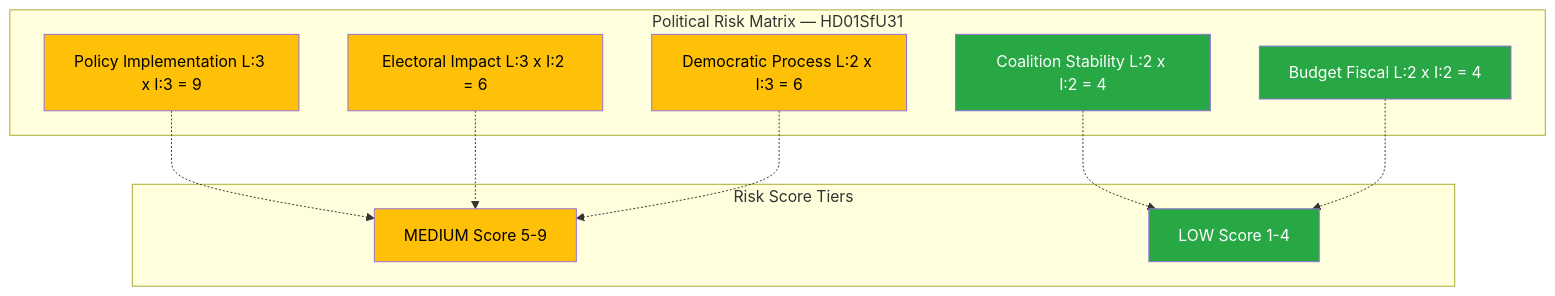
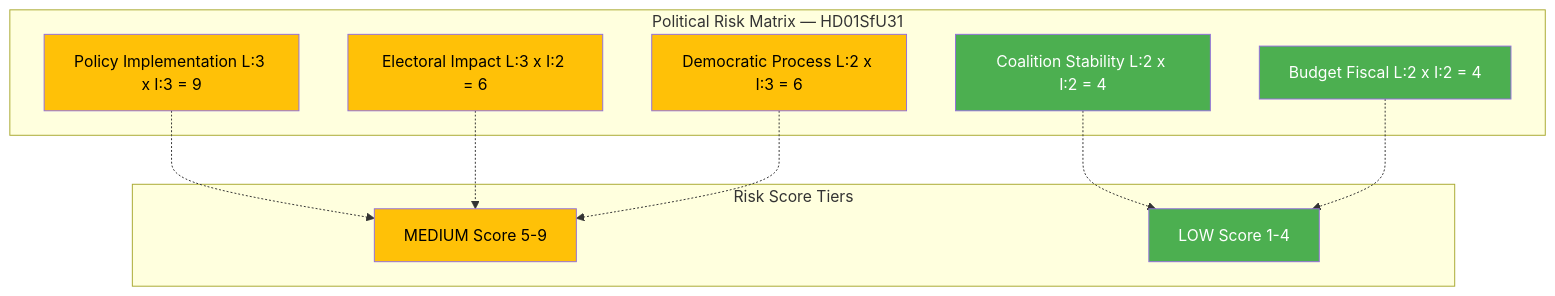
The third of 5 diagrams in analysis/daily/2026-04-10/realtime-1424/documents/hd01sfu31-analysis.md (Hack23/riksdagsmonitor), drawn with Mermaid before and after one commit. The commit also changed other lines of this file and 785 other files, not shown here.

First line of the commit message:
Normalize mermaid colors across 786 analysis artifacts to ISMS Style Guide palette

````diff
--- a/analysis/daily/2026-04-10/realtime-1424/documents/hd01sfu31-analysis.md
+++ b/analysis/daily/2026-04-10/realtime-1424/documents/hd01sfu31-analysis.md
@@ -91,26 +91,26 @@
 ```mermaid
 graph TD
     subgraph "Political Risk Matrix — HD01SfU31"
         R1["Coalition Stability L:2 x I:2 = 4"]
         R2["Policy Implementation L:3 x I:3 = 9"]
         R3["Budget Fiscal L:2 x I:2 = 4"]
         R4["Electoral Impact L:3 x I:2 = 6"]
         R5["Democratic Process L:2 x I:3 = 6"]
     end
     subgraph "Risk Score Tiers"
         T3["MEDIUM Score 5-9"]
         T4["LOW Score 1-4"]
     end
     R1 -.-> T4
     R2 -.-> T3
     R3 -.-> T4
     R4 -.-> T3
     R5 -.-> T3
-    style R1 fill:#28a745,color:#fff
-    style R2 fill:#ffc107,color:#000
-    style R3 fill:#28a745,color:#fff
-    style R4 fill:#ffc107,color:#000
-    style R5 fill:#ffc107,color:#000
-    style T3 fill:#ffc107,color:#000
-    style T4 fill:#28a745,color:#fff
+    style R1 fill:#4CAF50,color:#FFFFFF
+    style R2 fill:#FFC107,color:#000000
+    style R3 fill:#4CAF50,color:#FFFFFF
+    style R4 fill:#FFC107,color:#000000
+    style R5 fill:#FFC107,color:#000000
+    style T3 fill:#FFC107,color:#000000
+    style T4 fill:#4CAF50,color:#FFFFFF
 ```
````
